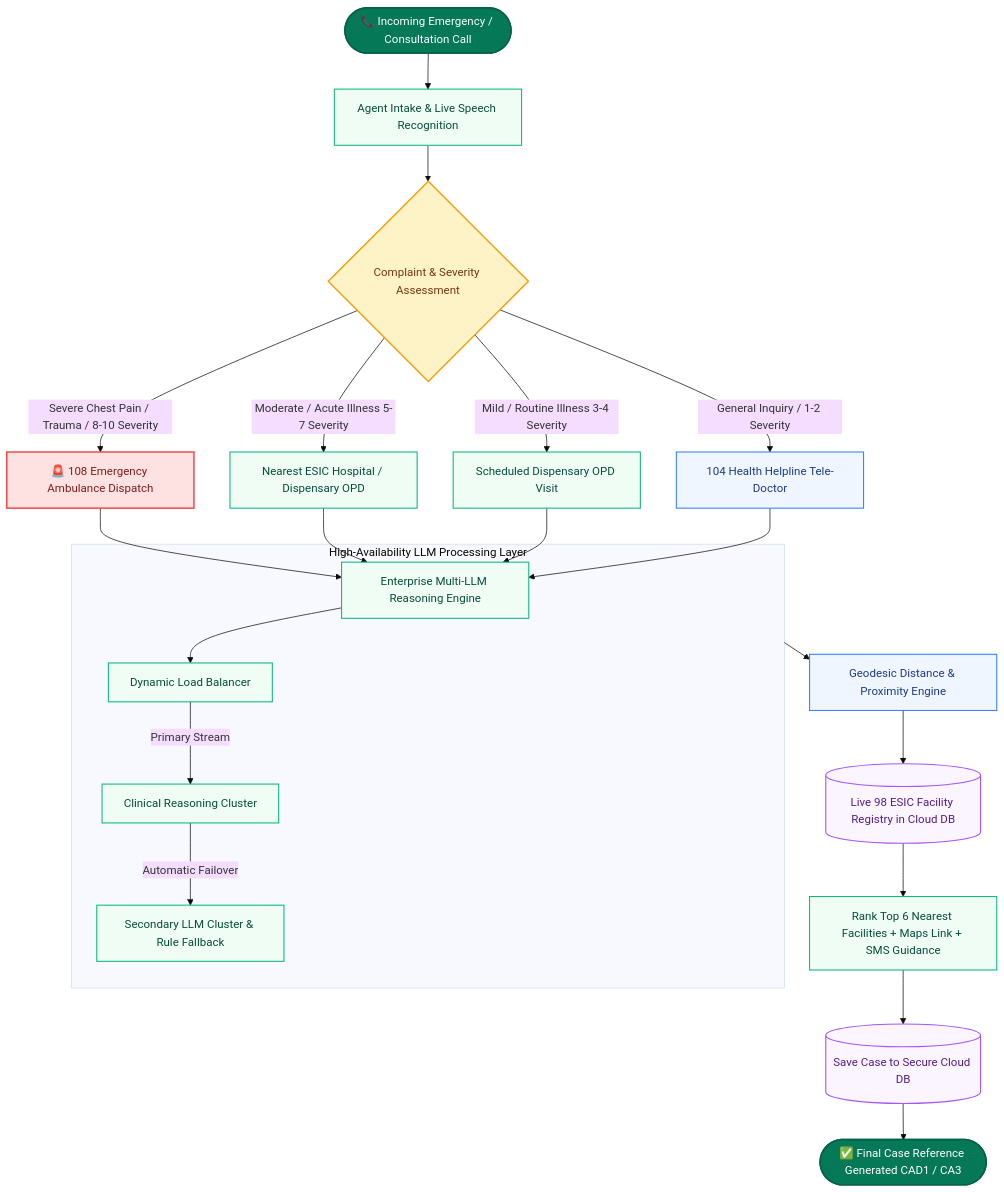
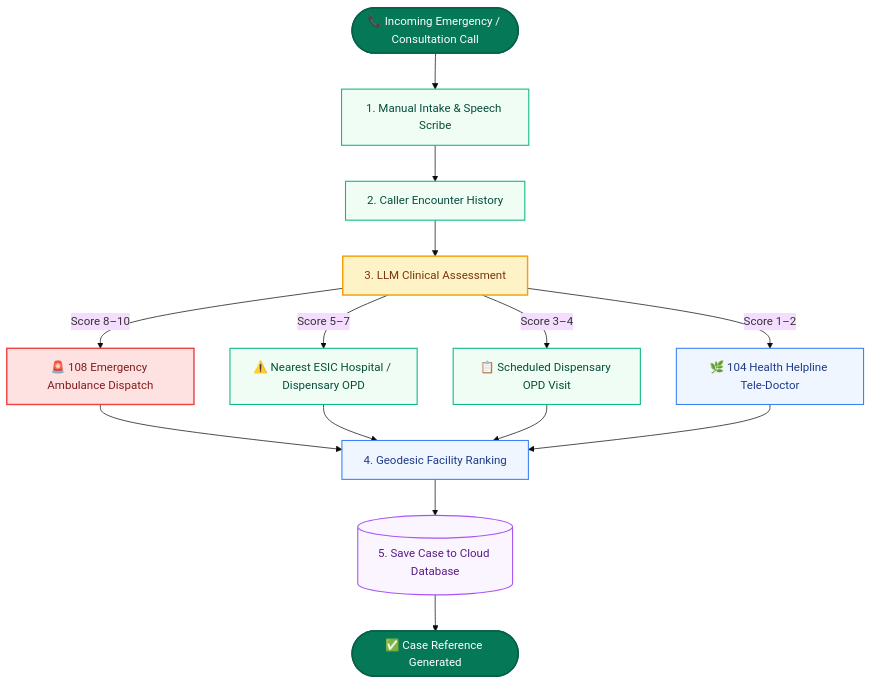
The diagram in DOCUMENTATION.md (hijyotirmoy/EKMS-Triage), drawn with Mermaid (base theme) before and after one commit. The commit also changed other lines of this file and 19 other files, not shown here.

Commit message:
Enhance clinical red flags detection and refine chief complaint overview styling

````diff
--- a/DOCUMENTATION.md
+++ b/DOCUMENTATION.md
@@ -21,31 +21,22 @@
 ```mermaid
 flowchart TD
     classDef startNode fill:#047857,stroke:#065f46,stroke-width:2px,color:#ffffff;
     classDef processNode fill:#f0fdf4,stroke:#10b981,stroke-width:1.5px,color:#064e3b;
     classDef decisionNode fill:#fef3c7,stroke:#f59e0b,stroke-width:2px,color:#78350f;
     classDef emergencyNode fill:#fee2e2,stroke:#ef4444,stroke-width:2px,color:#7f1d1d;
     classDef routingNode fill:#eff6ff,stroke:#3b82f6,stroke-width:1.5px,color:#1e3a8a;
     classDef dbNode fill:#faf5ff,stroke:#a855f7,stroke-width:1.5px,color:#581c87;
 
-    A([📞 Incoming Emergency / Consultation Call]):::startNode --> B[Agent Intake & Live Speech Recognition]:::processNode
-    B --> C{Complaint & Severity Assessment}:::decisionNode
+    A([📞 Incoming Emergency / Consultation Call]):::startNode --> B[1. Manual Intake & Speech Scribe]:::processNode
+    B --> C[2. Caller Encounter History]:::processNode
+    C --> D[3. LLM Clinical Assessment]:::decisionNode
 
-    C -->|Severe Chest Pain / Trauma / 8-10 Severity| D1[🚨 108 Emergency Ambulance Dispatch]:::emergencyNode
-    C -->|Moderate / Acute Illness 5-7 Severity| D2[Nearest ESIC Hospital / Dispensary OPD]:::processNode
-    C -->|Mild / Routine Illness 3-4 Severity| D3[Scheduled Dispensary OPD Visit]:::processNode
-    C -->|General Inquiry / 1-2 Severity| D4[104 Health Helpline Tele-Doctor]:::routingNode
+    D -->|Score 8–10| E1[🚨 108 Emergency Ambulance Dispatch]:::emergencyNode
+    D -->|Score 5–7| E2[⚠️ Nearest ESIC Hospital / Dispensary OPD]:::processNode
+    D -->|Score 3–4| E3[📋 Scheduled Dispensary OPD Visit]:::processNode
+    D -->|Score 1–2| E4[🌿 104 Health Helpline Tele-Doctor]:::routingNode
 
-    D1 & D2 & D3 & D4 --> E[Enterprise Multi-LLM Reasoning Engine]:::processNode
-    
-    subgraph LLM_Engine [High-Availability LLM Processing Layer]
-        E --> F1[Dynamic Load Balancer]:::processNode
-        F1 -->|Primary Stream| F2[Clinical Reasoning Cluster]:::processNode
-        F2 -->|Automatic Failover| F3[Secondary LLM Cluster & Rule Fallback]:::processNode
-    end
-
-    LLM_Engine --> G[Geodesic Distance & Proximity Engine]:::routingNode
-    G --> H[(Live 98 ESIC Facility Registry in Cloud DB)]:::dbNode
-    H --> I[Rank Top 6 Nearest Facilities + Maps Link + SMS Guidance]:::processNode
-    I --> J[(Save Case to Secure Cloud DB)]:::dbNode
-    J --> K([✅ Final Case Reference Generated CAD1 / CA3]):::startNode
+    E1 & E2 & E3 & E4 --> F[4. Geodesic Facility Ranking]:::routingNode
+    F --> G[(5. Save Case to Cloud Database)]:::dbNode
+    G --> H([✅ Case Reference Generated]):::startNode
 ```
````
